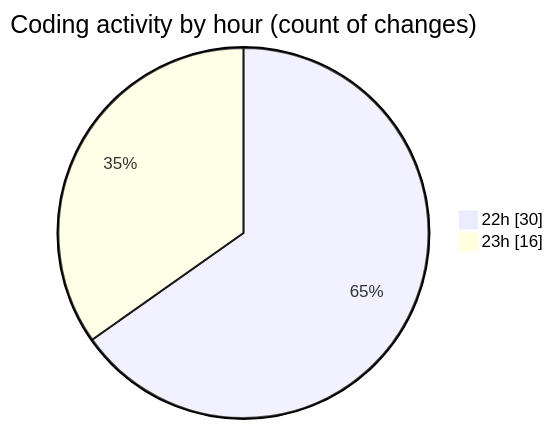
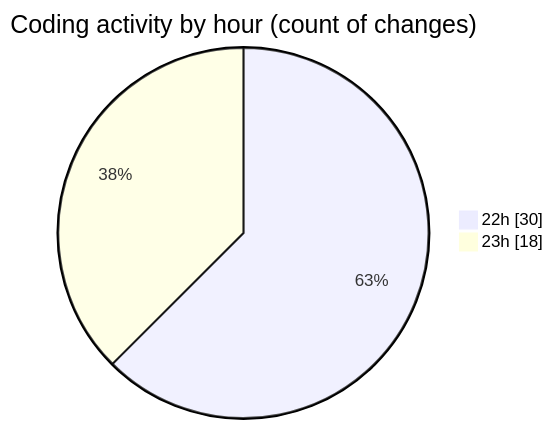
The second of 2 diagrams in 2025-03-26/myws__workspace_/README.md (MatusMokan/code-tracking), drawn with Mermaid before and after one commit. The commit also changed other lines of this file and 1 other file, not shown here.

````diff
--- a/2025-03-26/myws__workspace_/README.md
+++ b/2025-03-26/myws__workspace_/README.md
@@ -28,6 +28,6 @@
 ```mermaid
 pie showData
 title Coding activity by hour (count of changes)
 "22h" : 30
-"23h" : 16
+"23h" : 18
 ```
````
